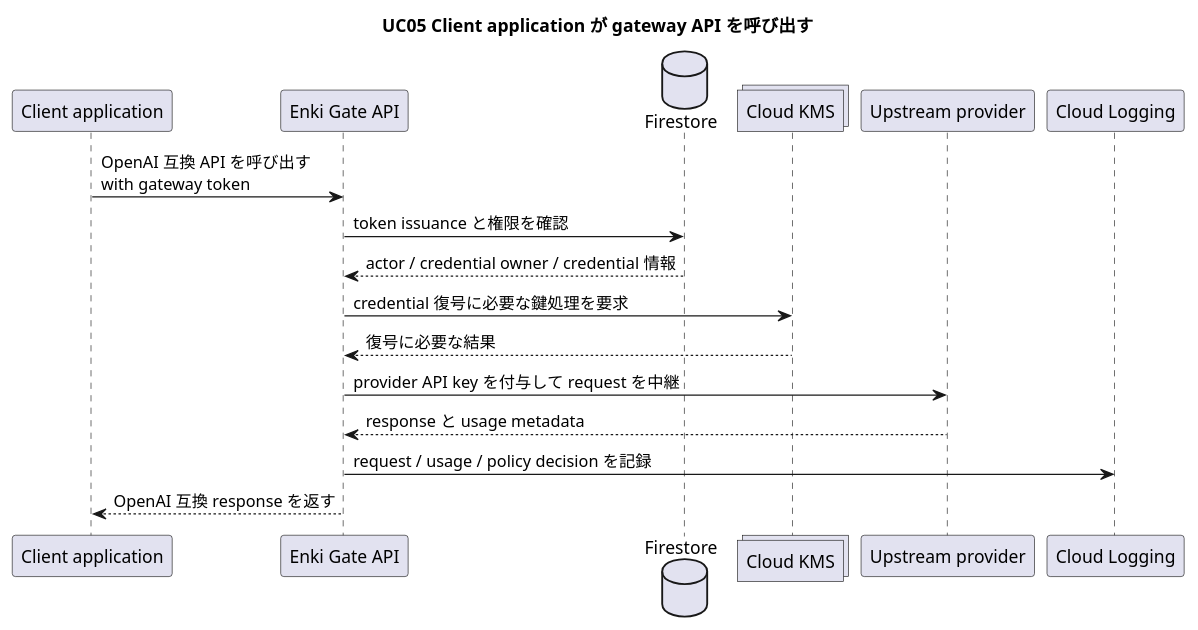
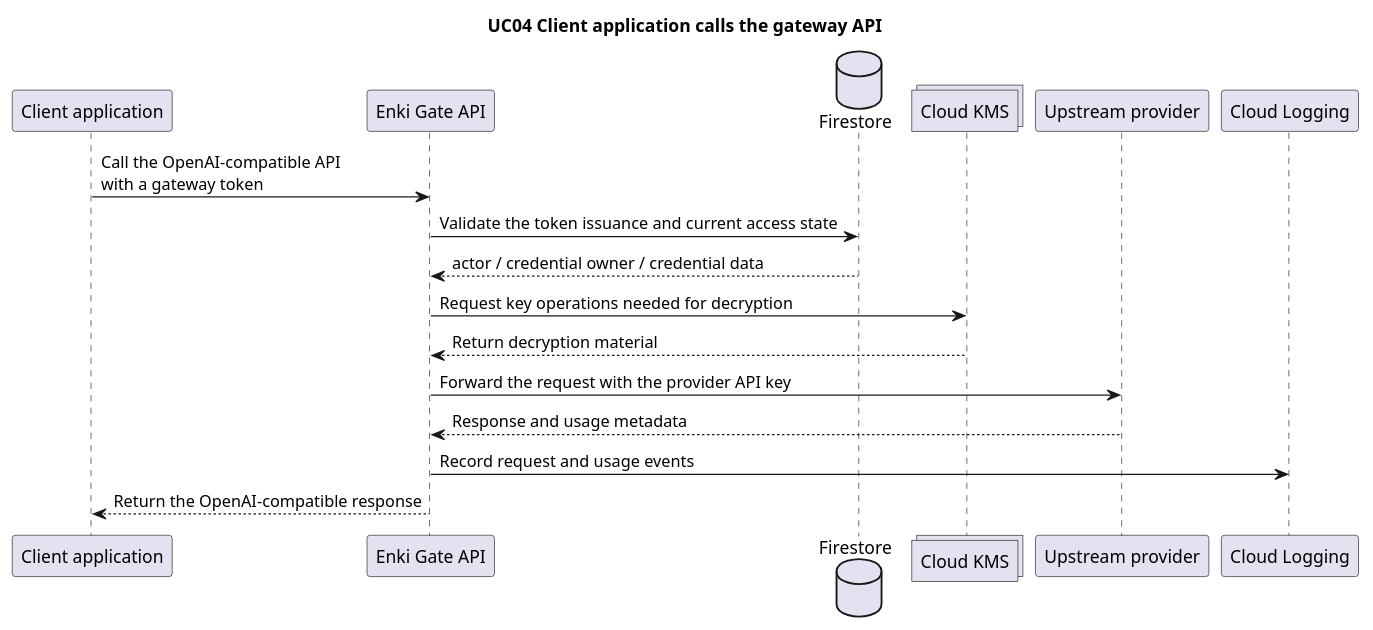
One commit to yacchin1205/enki-gate changed the diagram in docs/diagrams/uc05-call-gateway-api.puml. Above: the diagram before and after it, drawn with PlantUML. The commit also changed 11 other files, not shown here.

Commit message:
Translate and refresh PlantUML diagrams

```diff
--- a/docs/diagrams/uc05-call-gateway-api.puml
+++ b/docs/diagrams/uc05-call-gateway-api.puml
@@ -1,20 +1,20 @@
 @startuml
-title UC05 Client application が gateway API を呼び出す
+title UC04 Client application calls the gateway API
 
 participant "Client application" as Client
 participant "Enki Gate API" as API
 database "Firestore" as Firestore
 collections "Cloud KMS" as KMS
 participant "Upstream provider" as Provider
 participant "Cloud Logging" as Logging
 
-Client -> API: OpenAI 互換 API を呼び出す\nwith gateway token
-API -> Firestore: token issuance と権限を確認
-Firestore --> API: actor / credential owner / credential 情報
-API -> KMS: credential 復号に必要な鍵処理を要求
-KMS --> API: 復号に必要な結果
-API -> Provider: provider API key を付与して request を中継
-Provider --> API: response と usage metadata
-API -> Logging: request / usage / policy decision を記録
-API --> Client: OpenAI 互換 response を返す
+Client -> API: Call the OpenAI-compatible API\nwith a gateway token
+API -> Firestore: Validate the token issuance and current access state
+Firestore --> API: actor / credential owner / credential data
+API -> KMS: Request key operations needed for decryption
+KMS --> API: Return decryption material
+API -> Provider: Forward the request with the provider API key
+Provider --> API: Response and usage metadata
+API -> Logging: Record request and usage events
+API --> Client: Return the OpenAI-compatible response
 @enduml
```
